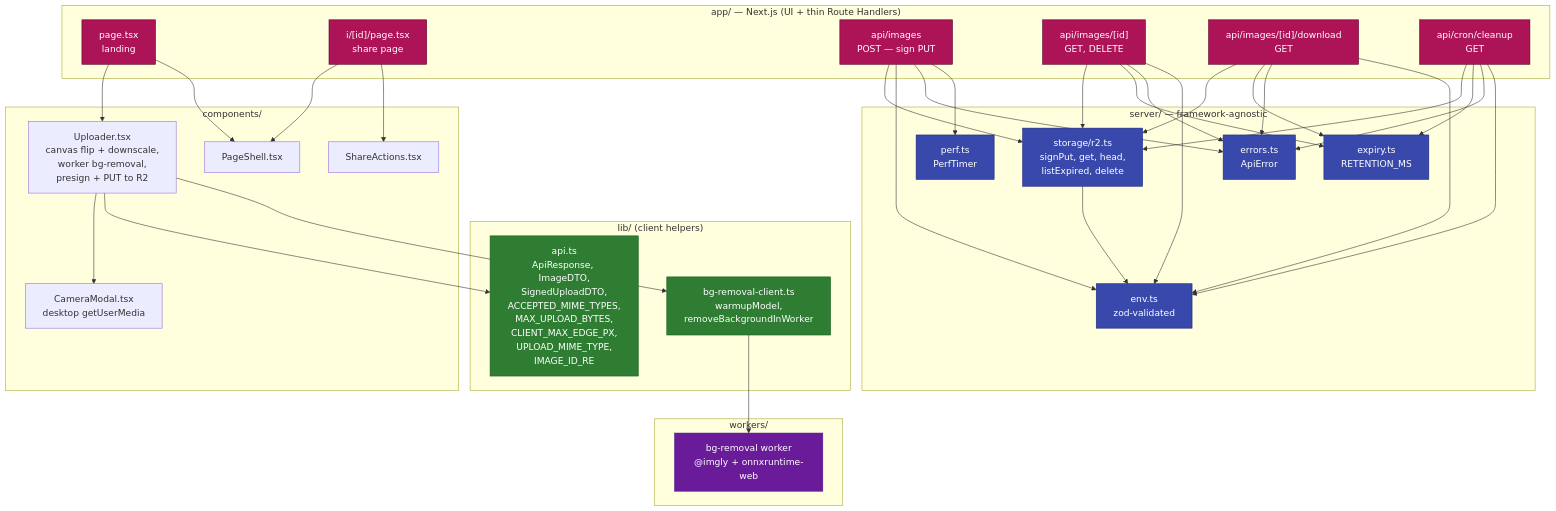
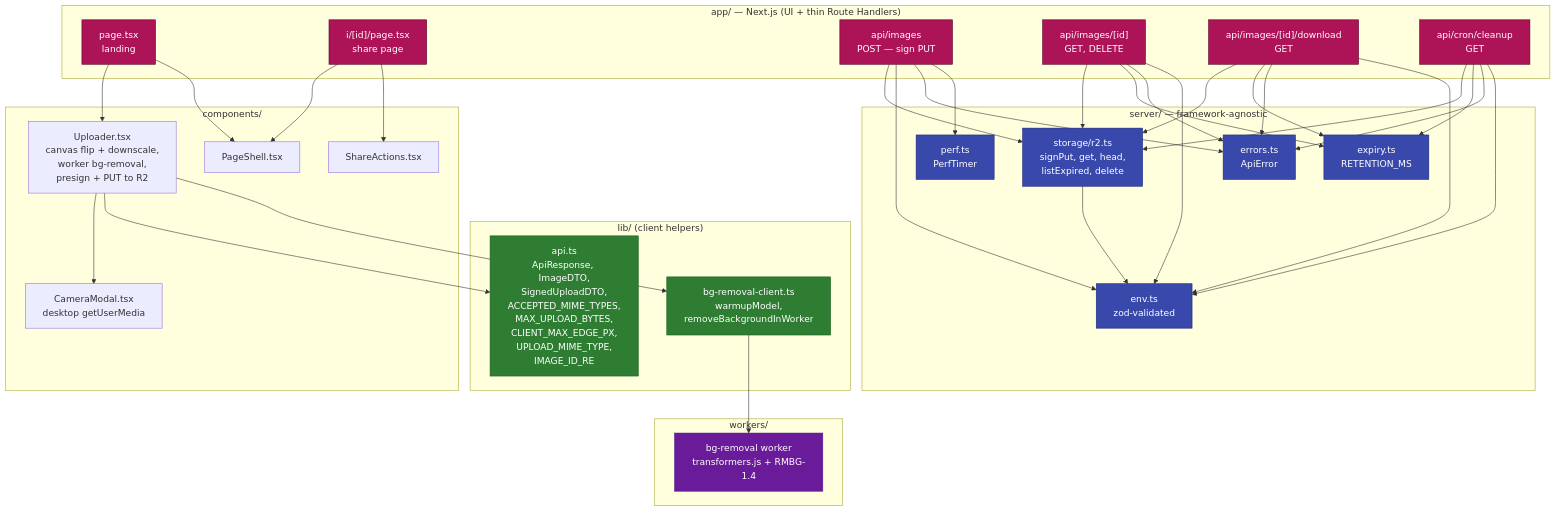
Before and after one commit to agustin-vaca/image-transformation: the second of 5 diagrams in docs/ARCHITECTURE.md, drawn with Mermaid. The commit also changed other lines of this file and 4 other files, not shown here.

First line of the commit message:
feat(bg-removal): switch to BRIA RMBG-1.4 via @huggingface/transformers

````diff
--- a/docs/ARCHITECTURE.md
+++ b/docs/ARCHITECTURE.md
@@ -55,70 +55,70 @@
 ```mermaid
 flowchart TB
     subgraph app["app/ — Next.js (UI + thin Route Handlers)"]
         page[page.tsx<br/>landing]
         ipage["i/[id]/page.tsx<br/>share page"]
         upload["api/images<br/>POST — sign PUT"]
         meta["api/images/[id]<br/>GET, DELETE"]
         download["api/images/[id]/download<br/>GET"]
         cleanup[api/cron/cleanup<br/>GET]
     end
 
     subgraph components["components/"]
         uploader["Uploader.tsx<br/>canvas flip + downscale,<br/>worker bg-removal,<br/>presign + PUT to R2"]
         camera[CameraModal.tsx<br/>desktop getUserMedia]
         shell[PageShell.tsx]
         share[ShareActions.tsx]
     end
 
     subgraph workers["workers/"]
-        bgWorker[bg-removal worker<br/>@imgly + onnxruntime-web]
+        bgWorker[bg-removal worker<br/>transformers.js + RMBG-1.4]
     end
 
     subgraph lib["lib/ (client helpers)"]
         api["api.ts<br/>ApiResponse, ImageDTO,<br/>SignedUploadDTO,<br/>ACCEPTED_MIME_TYPES,<br/>MAX_UPLOAD_BYTES,<br/>CLIENT_MAX_EDGE_PX,<br/>UPLOAD_MIME_TYPE,<br/>IMAGE_ID_RE"]
         bgClient[bg-removal-client.ts<br/>warmupModel,<br/>removeBackgroundInWorker]
     end
 
     subgraph server["server/ — framework-agnostic"]
         storage[storage/r2.ts<br/>signPut, get, head,<br/>listExpired, delete]
         env[env.ts<br/>zod-validated]
         errors[errors.ts<br/>ApiError]
         expiry[expiry.ts<br/>RETENTION_MS]
         perf[perf.ts<br/>PerfTimer]
     end
 
     page --> uploader
     page --> shell
     ipage --> shell
     ipage --> share
     uploader --> camera
     uploader --> api
     uploader --> bgClient
     bgClient --> bgWorker
     upload --> storage
     upload --> env
     upload --> errors
     upload --> perf
     meta --> storage
     meta --> expiry
     meta --> errors
     meta --> env
     download --> storage
     download --> expiry
     download --> errors
     download --> env
     cleanup --> storage
     cleanup --> expiry
     cleanup --> errors
     cleanup --> env
     storage --> env
 
     classDef serverNode fill:#3949ab,stroke:#1a237e,color:#fff
     classDef appNode fill:#ad1457,stroke:#560027,color:#fff
     classDef libNode fill:#2e7d32,stroke:#1b5e20,color:#fff
     classDef workerNode fill:#6a1b9a,stroke:#4a148c,color:#fff
     class storage,env,errors,expiry,perf serverNode
     class page,ipage,upload,meta,download,cleanup appNode
     class api,bgClient libNode
     class bgWorker workerNode
 ```
````
